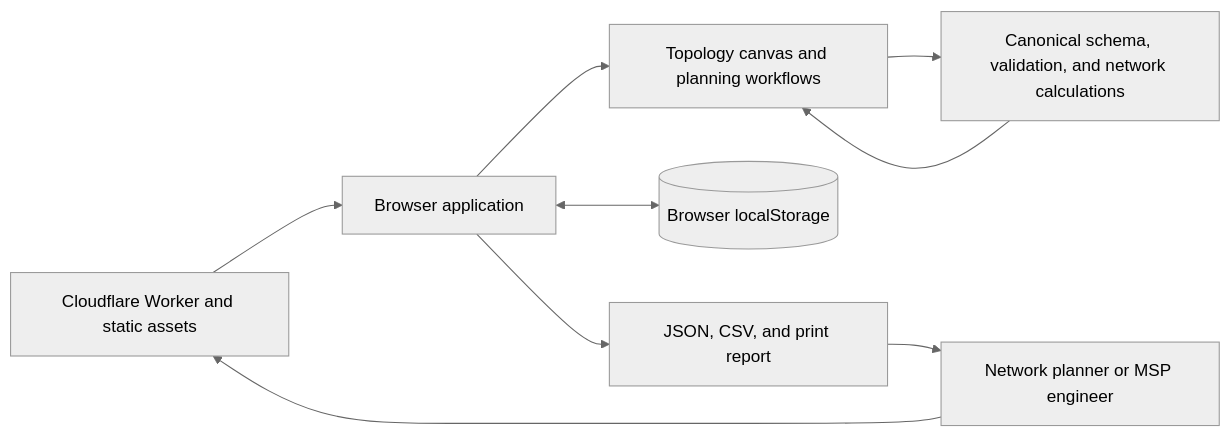
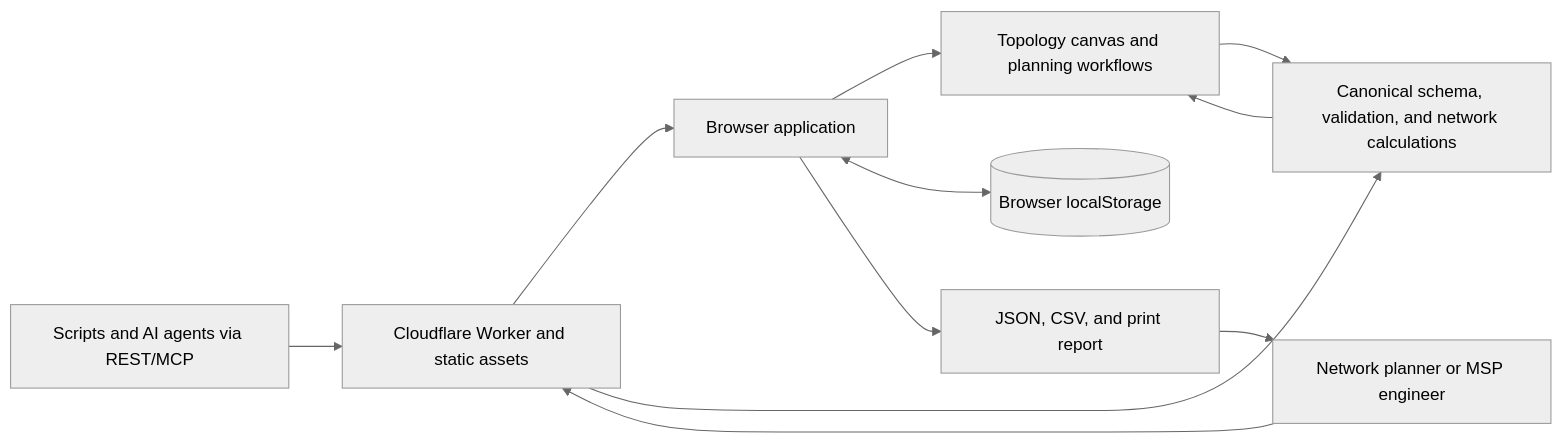
The diagram in ARCHITECTURE.md (koya-illek/network-planner-studio), drawn with Mermaid (neutral theme) before and after one commit. The commit also changed other lines of this file and 2 other files, not shown here.

Commit message:
Document the REST and MCP machine surfaces

````diff
--- a/ARCHITECTURE.md
+++ b/ARCHITECTURE.md
@@ -28,16 +28,19 @@
 ```mermaid
 flowchart LR
     Edge[Cloudflare Worker and static assets]
     Browser[Browser application]
     Core[Canonical schema, validation, and network calculations]
     UI[Topology canvas and planning workflows]
     Storage[(Browser localStorage)]
     Export[JSON, CSV, and print report]
     User[Network planner or MSP engineer]
+    Agent[Scripts and AI agents via REST/MCP]
 
     User --> Edge --> Browser
     Browser --> UI --> Core
     Core --> UI
     Browser <--> Storage
     Browser --> Export --> User
+    Agent --> Edge
+    Edge --> Core
 ```
````
